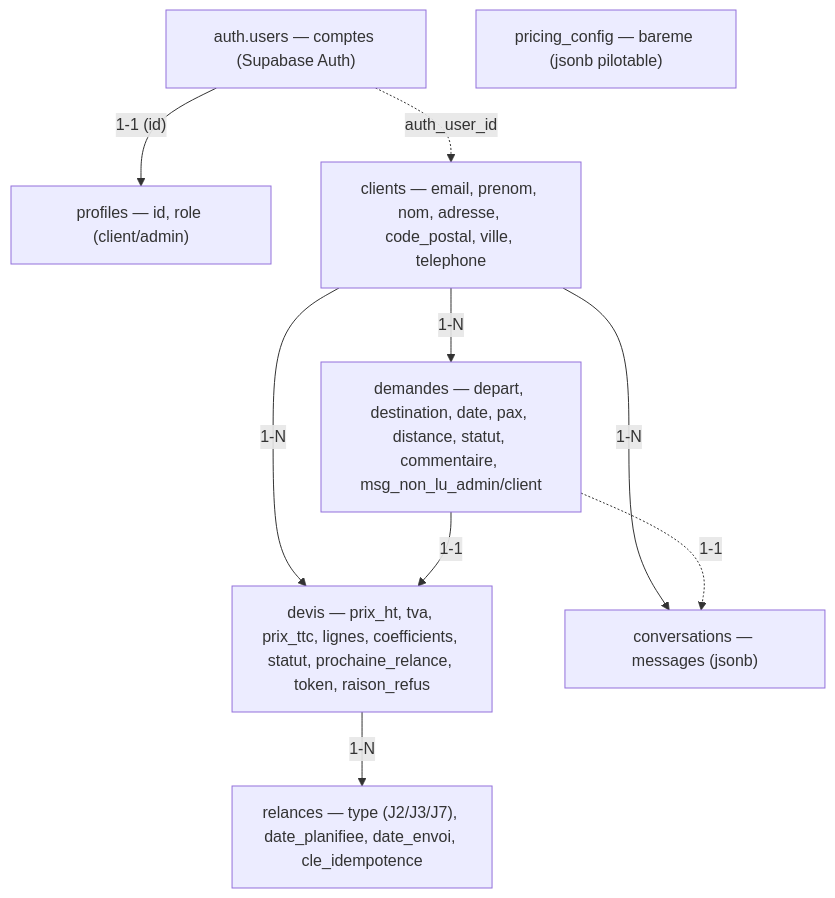
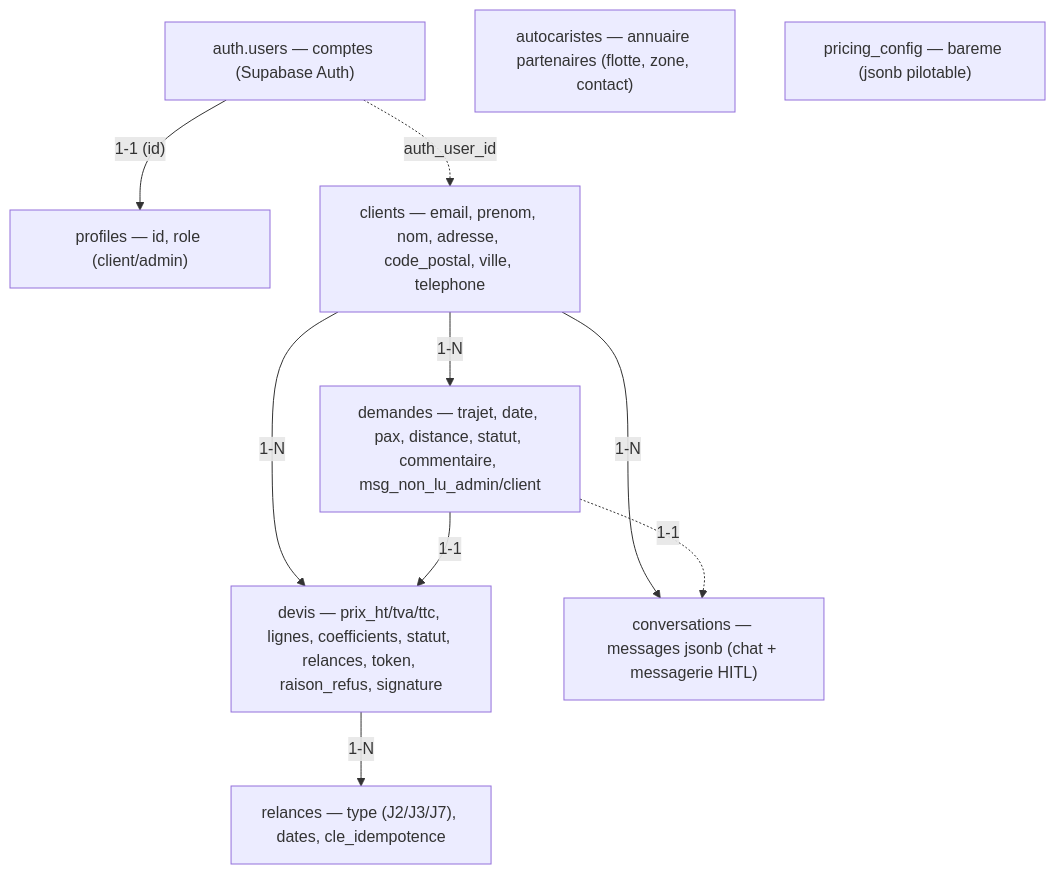
The diagram in supabase/SCHEMA.md (Karmadibsa/Autocar-Location), drawn with Mermaid before and after one commit. The commit also changed other lines of this file and 14 other files, not shown here.

````diff
--- a/supabase/SCHEMA.md
+++ b/supabase/SCHEMA.md
@@ -7,20 +12,21 @@
 ```mermaid
 flowchart TB
     auth_users["auth.users — comptes (Supabase Auth)"]
     profiles["profiles — id, role (client/admin)"]
     clients["clients — email, prenom, nom, adresse, code_postal, ville, telephone"]
-    demandes["demandes — depart, destination, date, pax, distance, statut, commentaire, msg_non_lu_admin/client"]
-    devis["devis — prix_ht, tva, prix_ttc, lignes, coefficients, statut, prochaine_relance, token, raison_refus"]
-    relances["relances — type (J2/J3/J7), date_planifiee, date_envoi, cle_idempotence"]
-    conversations["conversations — messages (jsonb)"]
+    demandes["demandes — trajet, date, pax, distance, statut, commentaire, msg_non_lu_admin/client"]
+    devis["devis — prix_ht/tva/ttc, lignes, coefficients, statut, relances, token, raison_refus, signature"]
+    relances["relances — type (J2/J3/J7), dates, cle_idempotence"]
+    conversations["conversations — messages jsonb (chat + messagerie HITL)"]
+    autocaristes["autocaristes — annuaire partenaires (flotte, zone, contact)"]
     pricing_config["pricing_config — bareme (jsonb pilotable)"]
 
     auth_users -->|"1-1 (id)"| profiles
     auth_users -.->|"auth_user_id"| clients
     clients -->|"1-N"| demandes
     clients -->|"1-N"| devis
     clients -->|"1-N"| conversations
     demandes -->|"1-1"| devis
     demandes -.->|"1-1"| conversations
     devis -->|"1-N"| relances
 ```
````
